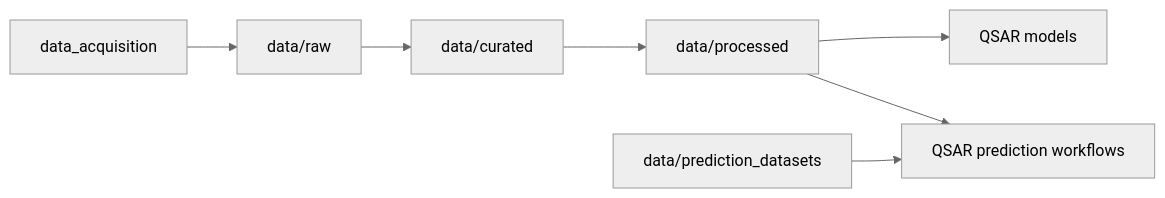
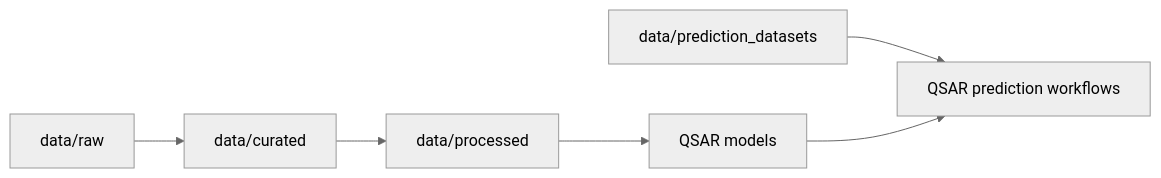
The diagram in data/README.md (JuanD-17/qsar-ml-workflow), drawn with Mermaid (neutral theme) before and after one commit.

Commit message:
Revise data flowchart in README
Updated flowchart to reflect changes in data processing stages.

````diff
--- a/data/README.md
+++ b/data/README.md
@@ -71,11 +71,11 @@
 ```mermaid
 flowchart LR
 
-A[data_acquisition] --> B[data/raw]
-B --> C[data/curated]
-C --> D[data/processed]
-D --> E[QSAR models]
+A[data/raw] --> B[data/curated]
+B --> C[data/processed]
 
-F[data/prediction_datasets] --> G[QSAR prediction workflows]
-D --> G
+C --> D[QSAR models]
+
+E[data/prediction_datasets] --> F[QSAR prediction workflows]
+D --> F
 ```
````
